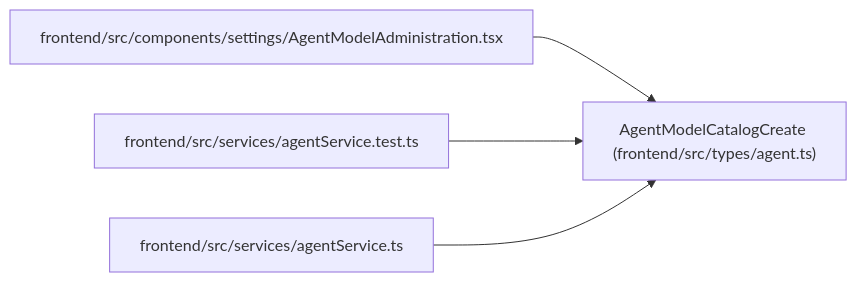
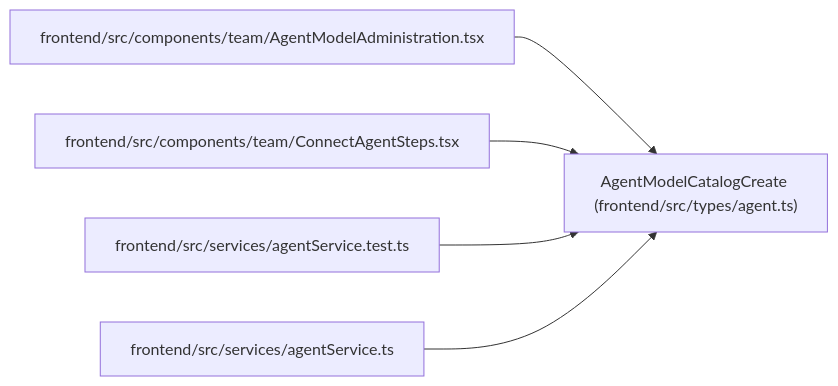
One commit to Denissvgn/WorkChord changed the diagram in docs/llm_wiki/entities/types_agent_AgentModelCatalogCreate.md. Above: the diagram before and after it, drawn with Mermaid. The commit also changed other lines of this file and 2373 other files, not shown here.

````diff
--- a/docs/llm_wiki/entities/types_agent_AgentModelCatalogCreate.md
+++ b/docs/llm_wiki/entities/types_agent_AgentModelCatalogCreate.md
@@ -35,14 +35,17 @@
 ```mermaid
 flowchart LR
     n0["AgentModelCatalogCreate (frontend/src/types/agent.ts)"]
-    n1["frontend/src/components/settings/AgentModelAdministration.tsx"]
-    n2["frontend/src/services/agentService.test.ts"]
-    n3["frontend/src/services/agentService.ts"]
+    n1["frontend/src/components/team/AgentModelAdministration.tsx"]
+    n2["frontend/src/components/team/ConnectAgentSteps.tsx"]
+    n3["frontend/src/services/agentService.test.ts"]
+    n4["frontend/src/services/agentService.ts"]
     n1 --> n0
     n2 --> n0
     n3 --> n0
+    n4 --> n0
     click n0 "../modules/types_agent.md"
     click n1 "../modules/AgentModelAdministration.md"
-    click n2 "../modules/agentService.test.md"
-    click n3 "../modules/agentService.md"
+    click n2 "../modules/ConnectAgentSteps.md"
+    click n3 "../modules/agentService.test.md"
+    click n4 "../modules/agentService.md"
 ```
````
